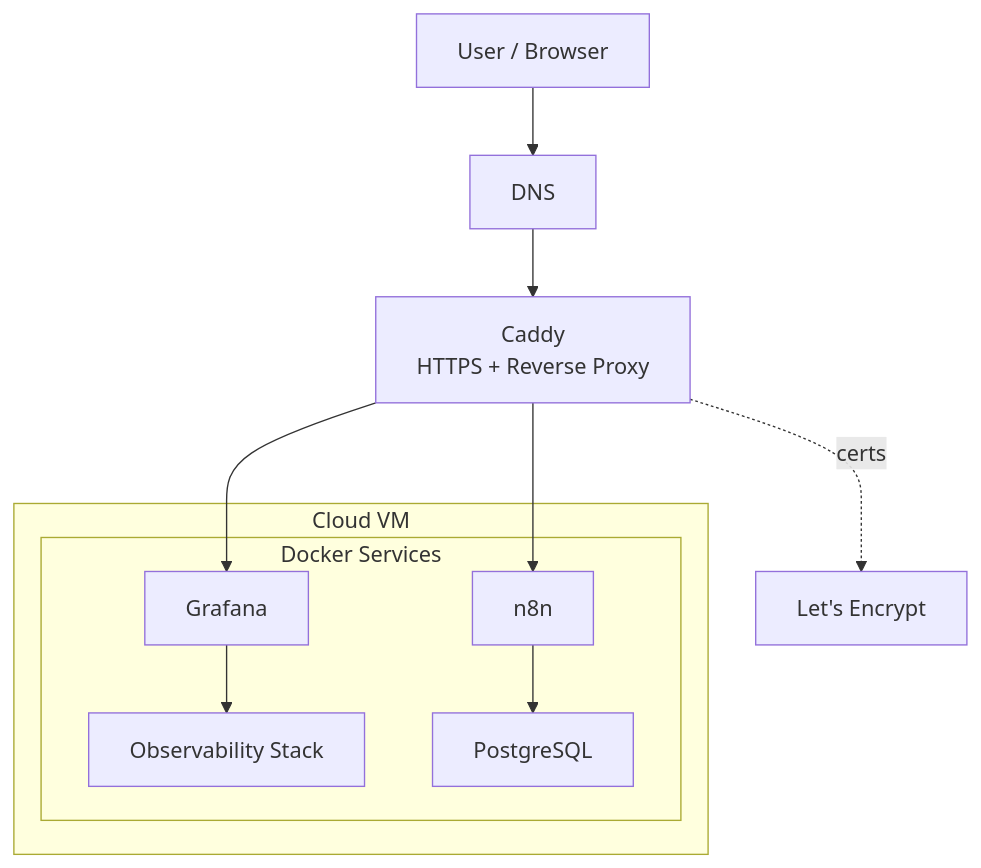
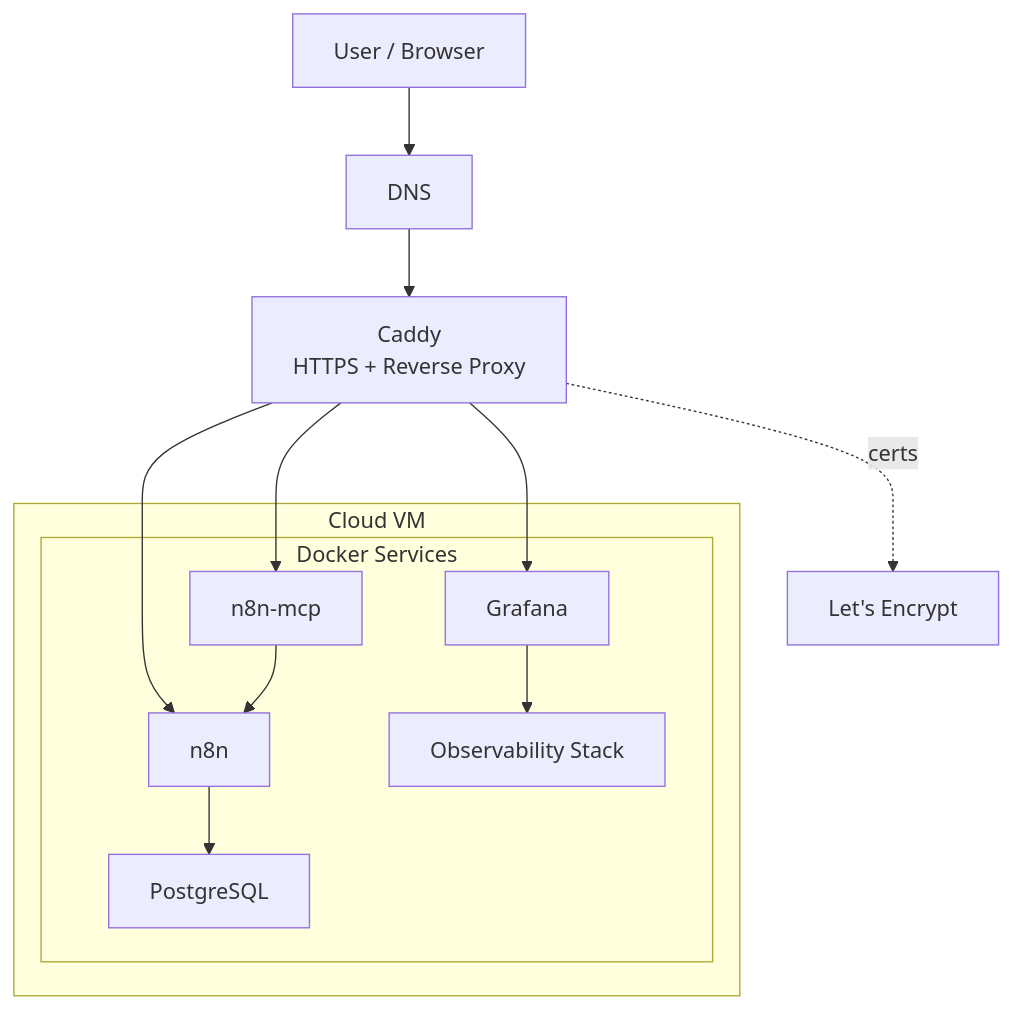
The diagram in README.md (AndreySamojlov/lab-infra), drawn with Mermaid before and after one commit. The commit also changed other lines of this file and 1 other file, not shown here.

First line of the commit message:
docs: add n8n-mcp platform notes

````diff
--- a/README.md
+++ b/README.md
@@ -11,24 +11,27 @@
 ```mermaid
 flowchart TB
     user["User / Browser"]
     dns["DNS"]
     caddy["Caddy<br/>HTTPS + Reverse Proxy"]
 
     subgraph vm["Cloud VM"]
         subgraph docker["Docker Services"]
             grafana["Grafana"]
             n8n["n8n"]
+            n8nMcp["n8n-mcp"]
             observability["Observability Stack"]
             postgres["PostgreSQL"]
         end
     end
 
     le["Let's Encrypt"]
 
     user --> dns --> caddy
     caddy --> grafana
     caddy --> n8n
+    caddy --> n8nMcp
     grafana --> observability
     n8n --> postgres
+    n8nMcp --> n8n
     caddy -. certs .-> le
 ```
````
